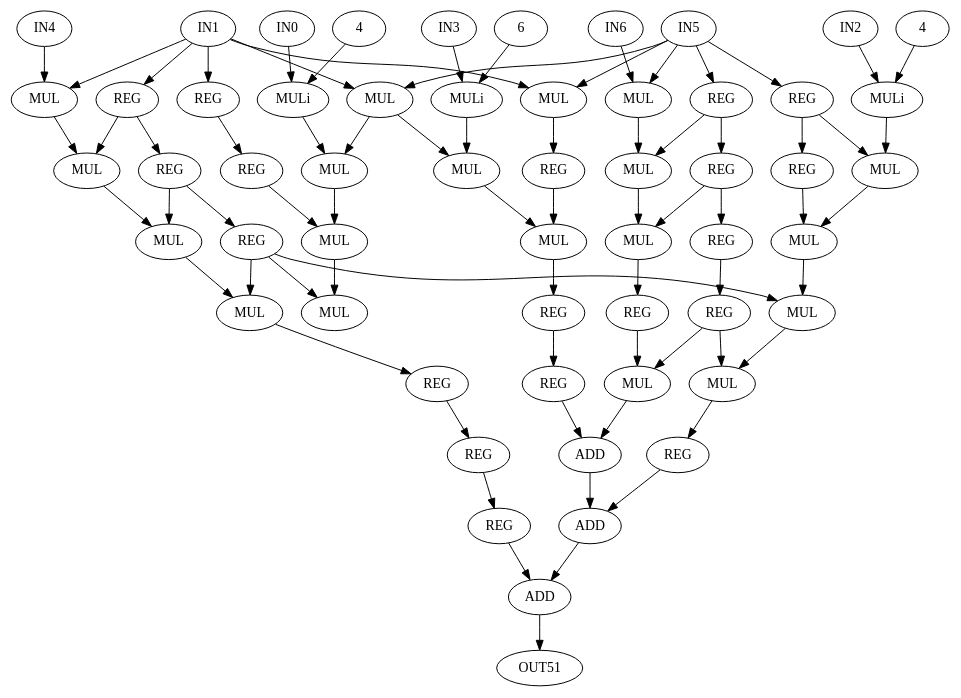
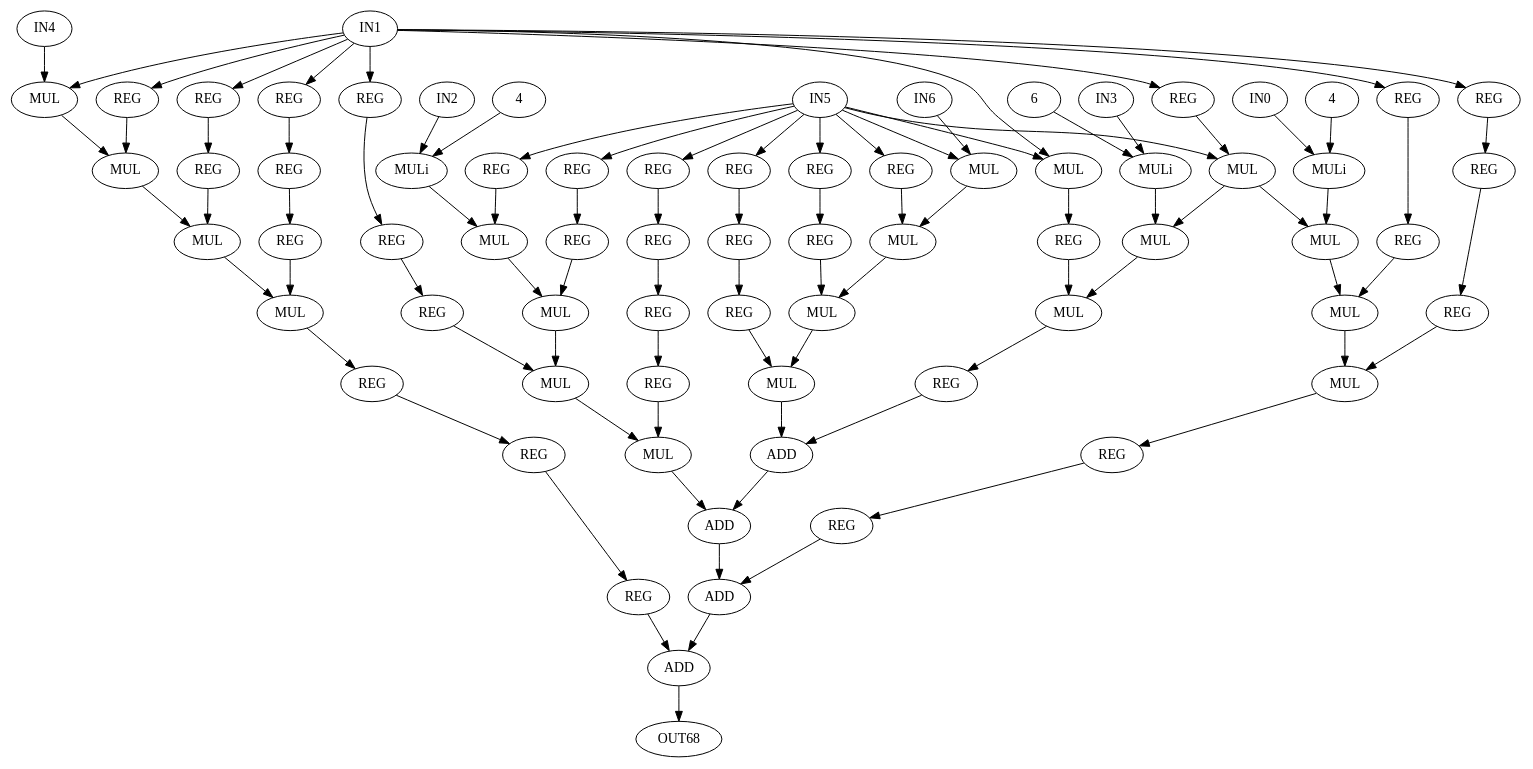
The diagram in fdam-samples/fdam-cgra-samples/cgra_128_radix8/sw/cpp/dot_dataflows/qspline.dot (lesc-ufv/fdam), drawn with Graphviz before and after one commit. The commit also changed 6 other files, not shown here.

```diff
--- a/fdam-samples/fdam-cgra-samples/cgra_128_radix8/sw/cpp/dot_dataflows/qspline.dot
+++ b/fdam-samples/fdam-cgra-samples/cgra_128_radix8/sw/cpp/dot_dataflows/qspline.dot
@@ -1,127 +1,162 @@
 digraph Qslpine{
  0 [ label = IN0 ]
  1 [ label = IN1 ]
  2 [ label = IN2 ]
  3 [ label = IN3 ]
  4 [ label = IN4 ]
  5 [ label = IN5 ]
  6 [ label = IN6 ]
  7 [ label = REG]
  8 [ label = REG]
  9 [ label = REG]
  10 [ label = REG]
  11 [ label = REG]
  12 [ label = REG]
  13 [ label = REG]
  14 [ label = REG]
  15 [ label = REG]
  16 [ label = REG]
  17 [ label = REG]
  18 [ label = REG]
  19 [ label = REG]
  20 [ label = REG]
  21 [ label = REG]
  22 [ label = REG]
  23 [ label = REG]
  24 [ label = REG]
  25 [ label = REG]
- 26 [ label = MUL]
- 27 [ label = MUL]
- 28 [ label = MULi, VALUE = 6]
- "28.6"[ label = 6 ]
- 29 [ label = MUL]
- 30 [ label = MULi, VALUE = 4]
- "30.4"[ label = 4 ]
- 31 [ label = MUL]
- 32 [ label = MULi, VALUE = 4]
- "32.4"[ label = 4 ]
- 33 [ label = MUL]
- 34 [ label = MUL]
- 35 [ label = MUL]
- 36 [ label = MUL]
- 37 [ label = MUL]
- 38 [ label = MUL]
- 39 [ label = MUL]
- 40 [ label = MUL]
- 41 [ label = MUL]
+ 26 [ label = REG]
+ 27 [ label = REG]
+ 28 [ label = REG]
+ 29 [ label = REG]
+ 30 [ label = REG]
+ 31 [ label = REG]
+ 32 [ label = REG]
+ 33 [ label = REG]
+ 34 [ label = REG]
+ 35 [ label = REG]
+ 36 [ label = REG]
+ 37 [ label = REG]
+ 38 [ label = REG]
+ 39 [ label = REG]
+ 40 [ label = REG]
+ 41 [ label = REG]
  42 [ label = MUL]
  43 [ label = MUL]
  44 [ label = MUL]
  45 [ label = MUL]
  46 [ label = MUL]
- 47 [ label = ADD]
+ 47 [ label = MUL]
  48 [ label = MUL]
- 49 [ label = ADD]
- 50 [ label = ADD]
- 51 [ label = OUT51 ]
- 0 -> 30
- 1 -> 26
- 1 -> 27
- 1 -> 29
+ 49 [ label = MUL]
+ 50 [ label = MUL]
+ 51 [ label = MUL]
+ 52 [ label = MUL]
+ 53 [ label = MUL]
+ 54 [ label = MUL]
+ 55 [ label = MUL]
+ 56 [ label = MUL]
+ 57 [ label = MUL]
+ 58 [ label = MUL]
+ 59 [ label = MUL]
+ 60 [ label = MUL]
+ 61 [ label = ADD]
+ 62 [ label = ADD]
+ 63 [ label = ADD]
+ 64 [ label = ADD]
+ 65 [ label = MULi, VALUE = 6]
+ "65.6"[ label = 6 ]
+ 66 [ label = MULi, VALUE = 4]
+ "66.4"[ label = 4 ]
+ 67 [ label = MULi, VALUE = 4]
+ "67.4"[ label = 4 ]
+ 68 [ label = OUT68 ]
+ 0 -> 66
+ 1 -> 45
+ 1 -> 7
  1 -> 10
- 1 -> 7
- 2 -> 32
- 3 -> 28
- 4 -> 26
- 5 -> 31
+ 1 -> 11
+ 1 -> 13
+ 1 -> 16
+ 1 -> 19
+ 1 -> 50
+ 1 -> 21
+ 2 -> 67
+ 3 -> 65
+ 4 -> 45
+ 5 -> 50
+ 5 -> 51
+ 5 -> 55
  5 -> 27
- 5 -> 29
- 5 -> 12
- 5 -> 16
- 6 -> 31
+ 5 -> 28
+ 5 -> 30
+ 5 -> 33
+ 5 -> 37
+ 5 -> 39
+ 6 -> 55
  7 -> 8
- 7 -> 33
  8 -> 9
- 8 -> 38
- 9 -> 43
- 9 -> 44
- 9 -> 46
- 10 -> 11
- 11 -> 39
- 12 -> 13
- 12 -> 36
+ 9 -> 42
+ 10 -> 44
+ 11 -> 12
+ 12 -> 46
  13 -> 14
- 13 -> 41
  14 -> 15
- 15 -> 45
- 15 -> 48
+ 15 -> 47
  16 -> 17
- 16 -> 37
- 17 -> 42
- 18 -> 19
+ 17 -> 18
+ 18 -> 53
  19 -> 20
- 20 -> 50
- 21 -> 40
- 22 -> 23
- 23 -> 47
- 24 -> 45
- 25 -> 49
- 26 -> 33
- 27 -> 21
- "28.6" -> 28
- 28 -> 34
- 29 -> 34
- 29 -> 35
- "30.4" -> 30
- 30 -> 35
- 31 -> 36
- "32.4" -> 32
- 32 -> 37
- 33 -> 38
- 34 -> 40
- 35 -> 39
- 36 -> 41
- 37 -> 42
- 38 -> 43
- 39 -> 44
- 40 -> 22
- 41 -> 24
- 42 -> 46
- 43 -> 18
- 45 -> 47
- 46 -> 48
- 47 -> 49
- 48 -> 25
- 49 -> 50
- 50 -> 51
+ 20 -> 49
+ 21 -> 51
+ 22 -> 40
+ 23 -> 24
+ 24 -> 64
+ 25 -> 43
+ 26 -> 62
+ 27 -> 56
+ 28 -> 29
+ 29 -> 57
+ 30 -> 31
+ 31 -> 32
+ 32 -> 58
+ 33 -> 34
+ 34 -> 35
+ 35 -> 36
+ 36 -> 54
+ 37 -> 38
+ 38 -> 59
+ 39 -> 60
+ 40 -> 41
+ 41 -> 61
+ 42 -> 22
+ 43 -> 26
+ 44 -> 46
+ 45 -> 44
+ 46 -> 42
+ 47 -> 23
+ 48 -> 49
+ 49 -> 47
+ 50 -> 25
+ 51 -> 52
+ 51 -> 48
+ 52 -> 43
+ 53 -> 54
+ 54 -> 63
+ 55 -> 56
+ 56 -> 57
+ 57 -> 58
+ 58 -> 62
+ 59 -> 53
+ 60 -> 59
+ 61 -> 68
+ 62 -> 63
+ 63 -> 64
+ 64 -> 61
+ "65.6" -> 65
+ 65 -> 52
+ "66.4" -> 66
+ 66 -> 48
+ "67.4" -> 67
+ 67 -> 60
 }
```
